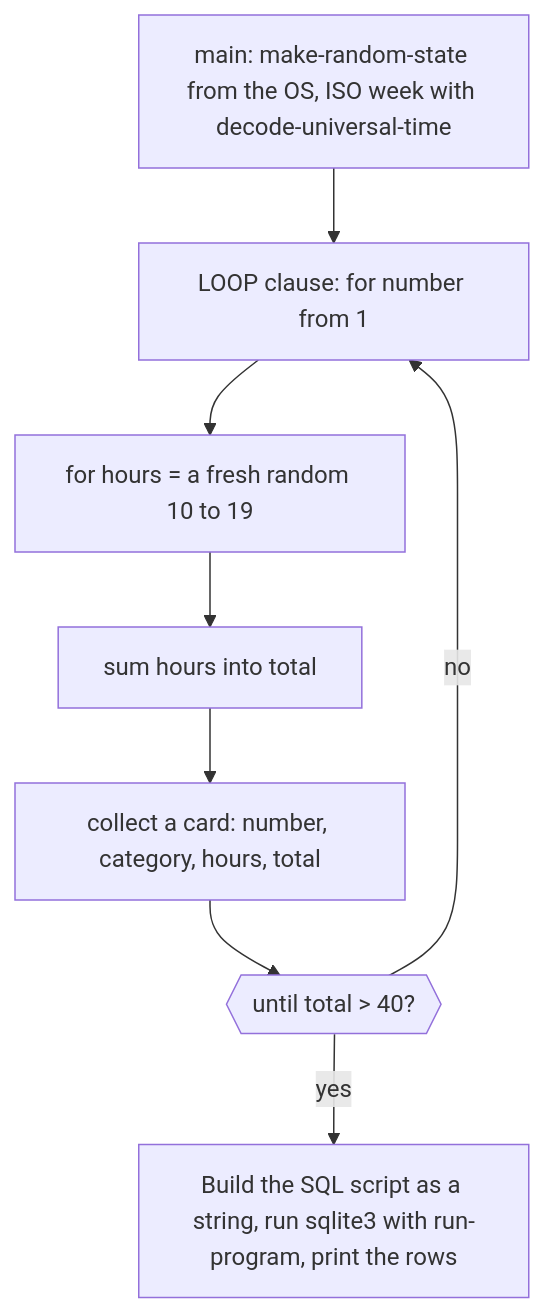
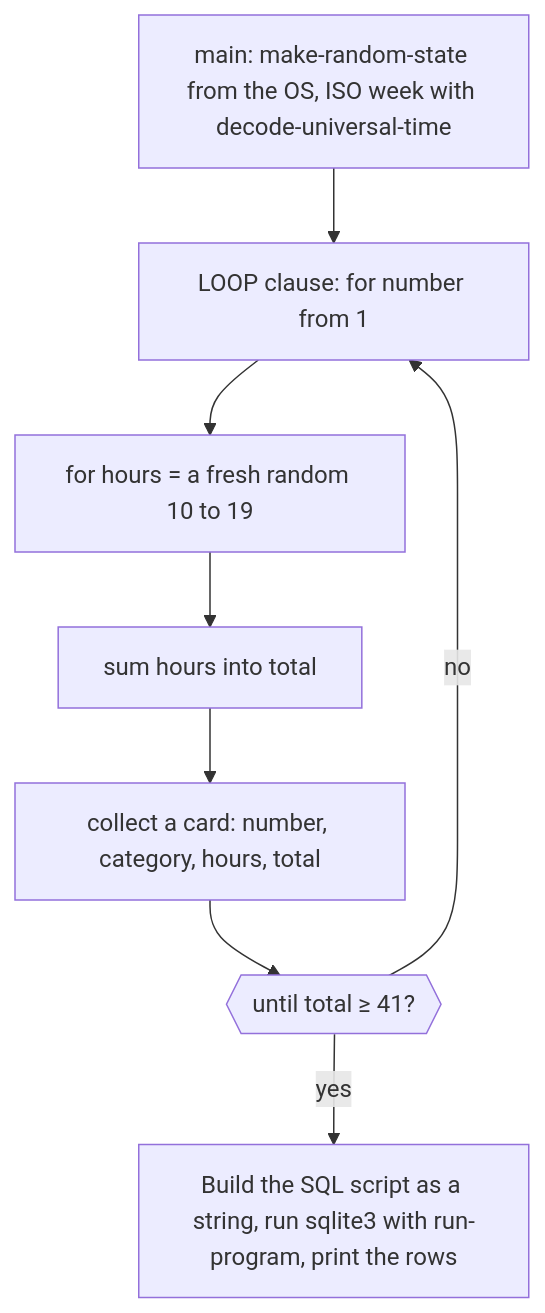
Before and after one commit to dullroar/code-challenge: the first of 2 diagrams in lessons/languages/lisp.md, drawn with Mermaid. The commit also changed other lines of this file and 79 other files, not shown here.

````diff
--- a/lessons/languages/lisp.md
+++ b/lessons/languages/lisp.md
@@ -102,12 +102,12 @@
 ```mermaid
 flowchart TD
     accTitle: lisp: the clauses of one LOOP form, in the order they are written
     accDescr: A flowchart. The function main seeds a random state from the operating system and works out the ISO week. Then one LOOP form runs its clauses in order on each pass: number counts up from 1, hours is drawn again, hours is summed into total, a card is collected, and an until clause tests whether the total is over 40. If it is not, the next pass starts. Because until comes after collect, the crossing card is kept. When it ends, the program builds the SQL script as a string, runs the sqlite3 command-line tool with run-program, and prints the rows.
     A["main: make-random-state from the OS, ISO week with decode-universal-time"] --> B["LOOP clause: for number from 1"]
     B --> C["for hours = a fresh random 10 to 19"]
     C --> D["sum hours into total"]
     D --> E["collect a card: number, category, hours, total"]
-    E --> F{{"until total > 40?"}}
+    E --> F{{"until total ≥ 41?"}}
     F -->|no| B
     F -->|yes| G["Build the SQL script as a string, run sqlite3 with run-program, print the rows"]
 ```
````
